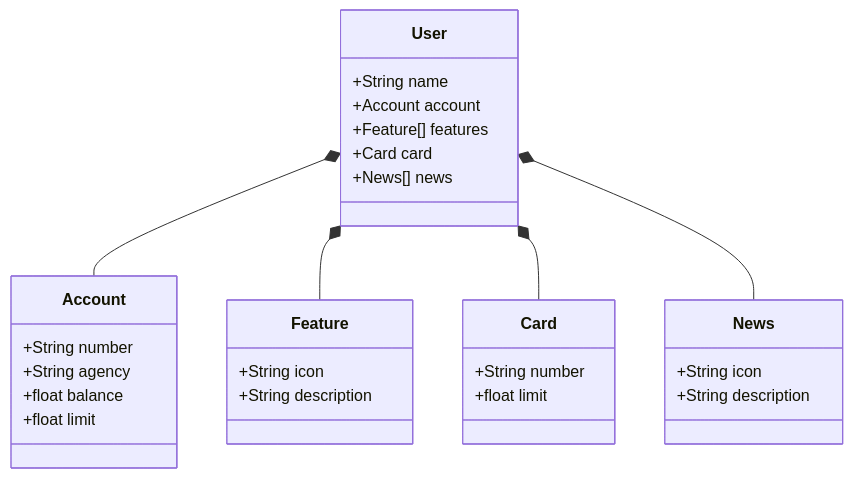
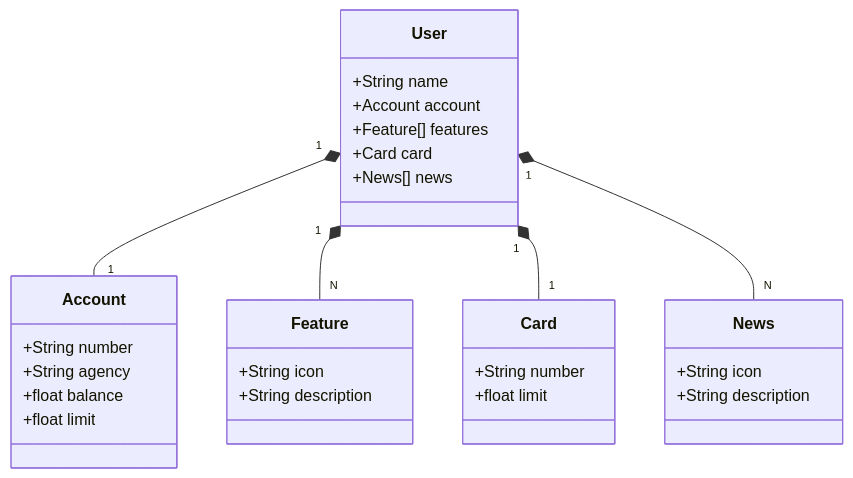
One commit to PedroAbreu97/santander-dev-week-2023 changed the diagram in README.md. Above: the diagram before and after it, drawn with Mermaid.

````diff
--- a/README.md
+++ b/README.md
@@ -5,37 +5,37 @@
 ```mermaid
 classDiagram
     class User {
         +String name
         +Account account
         +Feature[] features
         +Card card
         +News[] news
     }
 
     class Account {
         +String number
         +String agency
         +float balance
         +float limit
     }
 
     class Feature {
         +String icon
         +String description
     }
 
     class Card {
         +String number
         +float limit
     }
 
     class News {
         +String icon
         +String description
     }
 
-    User *-- Account
-    User *-- Feature
-    User *-- Card
-    User *-- News
+    User "1" *--"1" Account
+    User "1" *-- "N" Feature
+    User "1" *-- "1" Card
+    User "1" *-- "N" News
 ```
````
